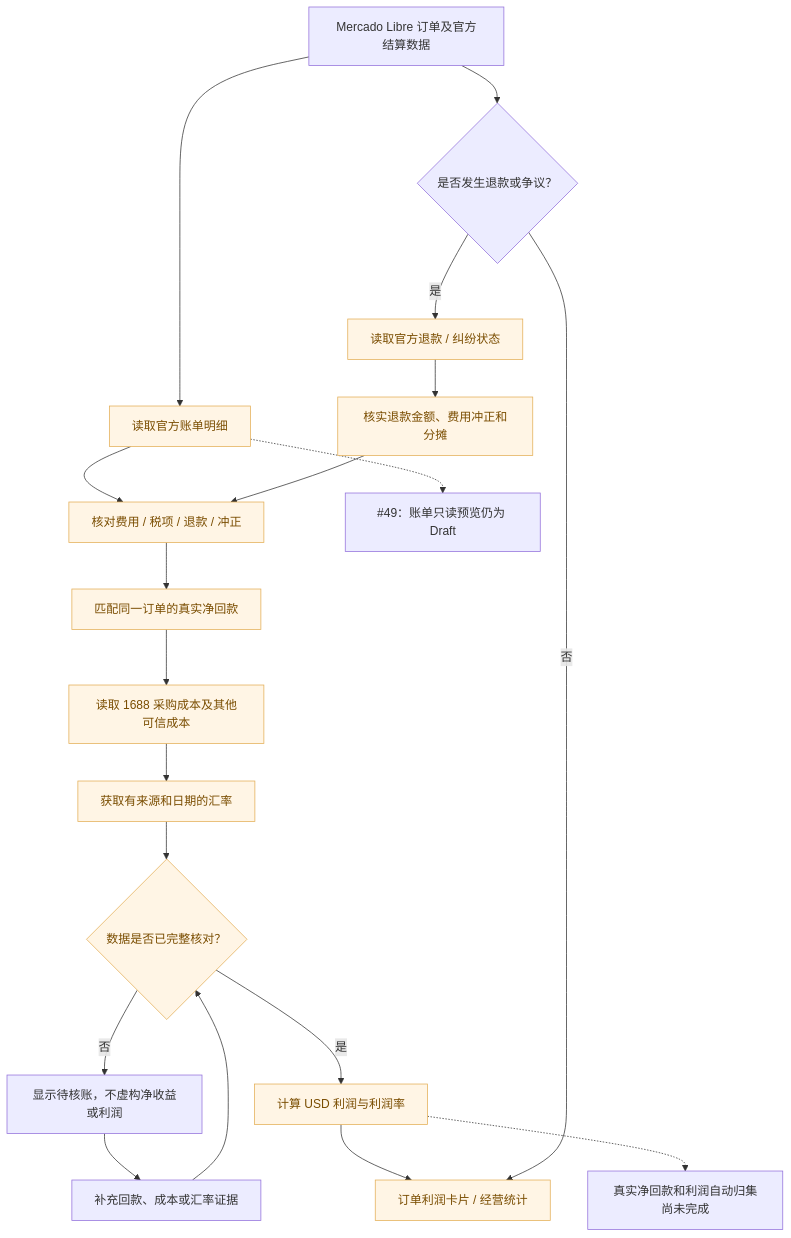
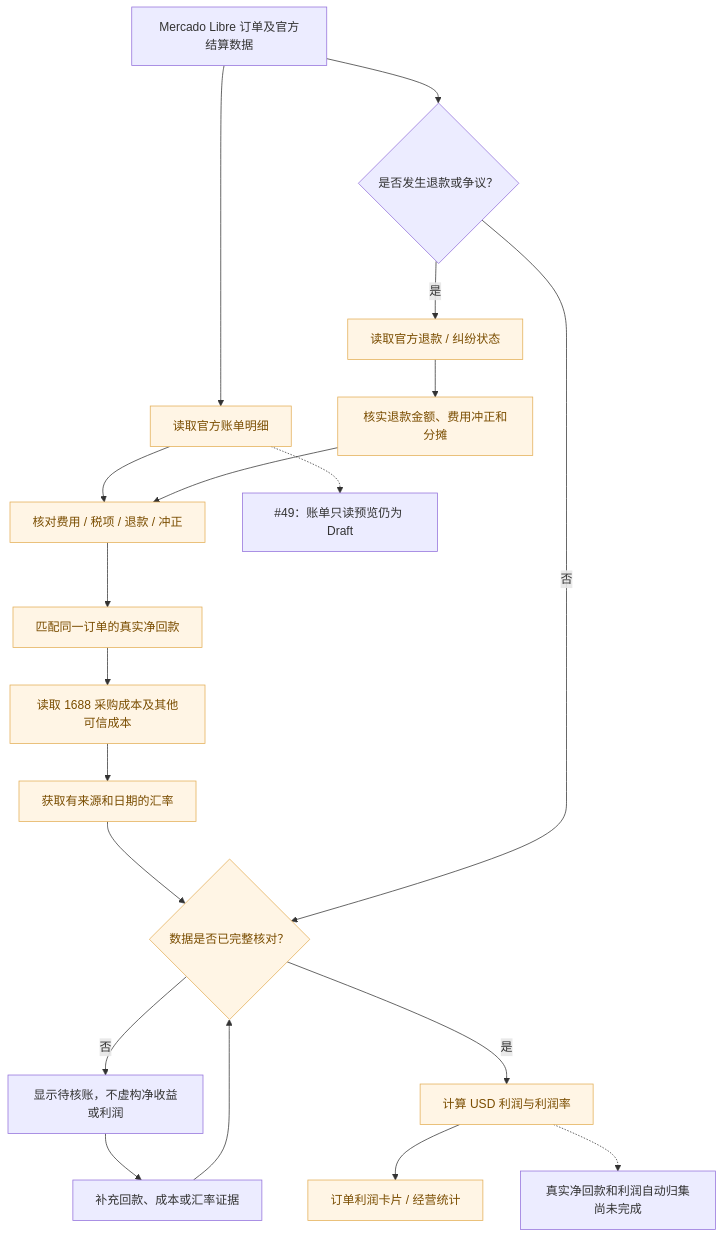
Before and after one commit to Fan6512/una-seller: the eighth of 9 diagrams in docs/product/FEATURE-STATUS.md, drawn with Mermaid.

Commit message:
docs(product): keep no-after-sales path subject to profit verification gate

```diff
--- a/docs/product/FEATURE-STATUS.md
+++ b/docs/product/FEATURE-STATUS.md
@@ -343,26 +343,26 @@
 ~~~mermaid
 flowchart TD
     A["Mercado Libre 订单及官方结算数据"] --> B["读取官方账单明细"]
     B --> C["核对费用 / 税项 / 退款 / 冲正"]
     C --> D["匹配同一订单的真实净回款"]
     D --> E["读取 1688 采购成本及其他可信成本"]
     E --> F["获取有来源和日期的汇率"]
     F --> G{"数据是否已完整核对？"}
     G -->|否| H["显示待核账，不虚构净收益或利润"]
     H --> I["补充回款、成本或汇率证据"]
     I --> G
     G -->|是| J["计算 USD 利润与利润率"]
     J --> K["订单利润卡片 / 经营统计"]
 
     A --> L{"是否发生退款或争议？"}
     L -->|是| M["读取官方退款 / 纠纷状态"]
     M --> N["核实退款金额、费用冲正和分摊"]
     N --> C
-    L -->|否| K
+    L -->|否| G
 
     B -.-> O["#49：账单只读预览仍为 Draft"]
     J -.-> P["真实净回款和利润自动归集尚未完成"]
 
     classDef verify fill:#fff5e5,color:#7a4d00,stroke:#e3ae56
     class B,C,D,E,F,G,J,K,M,N verify
 ~~~
```
